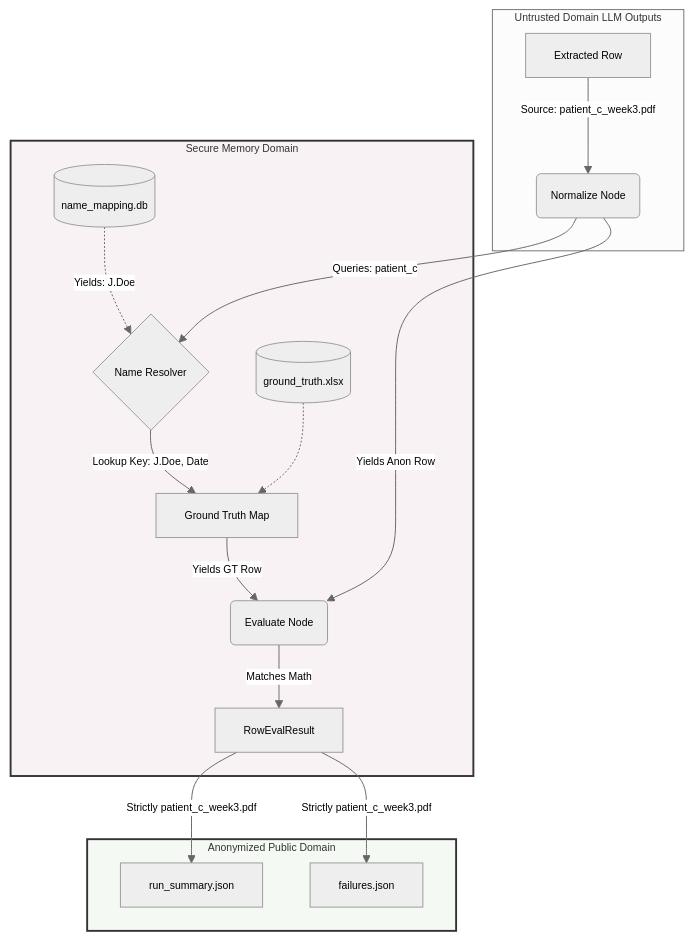
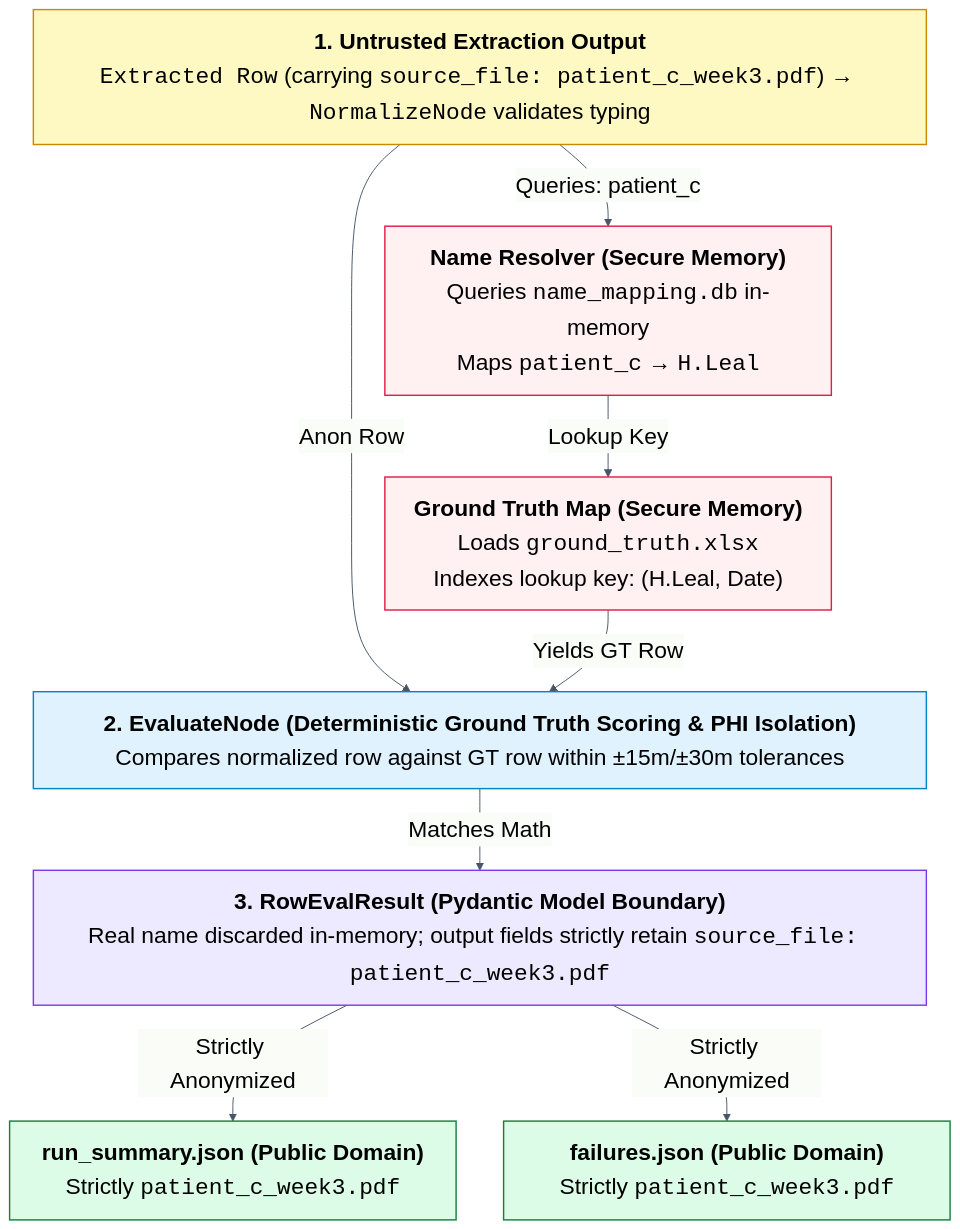
One commit to the-write-path-code/ch14-homecare-visit-triage-agent changed the second of 2 diagrams in ARCHITECTURE.md. Above: the diagram before and after it, drawn with Mermaid. The commit also changed other lines of this file, not shown here.

Commit message:
Update Figures 14.4 and 14.5 to IEEE production mermaid standards

````diff
--- a/ARCHITECTURE.md
+++ b/ARCHITECTURE.md
@@ -77,27 +87,36 @@
 ```mermaid
-%%{init: {"theme": "neutral", "themeVariables": {"fontFamily": "Arial, Helvetica, sans-serif", "fontSize": "11px", "actorFontSize": "11px", "noteFontSize": "10px", "messageFontSize": "10px"}}}%%
+%%{init: {"theme": "base", "themeVariables": {"fontFamily": "Arial, Helvetica, sans-serif", "fontSize": "24px", "primaryColor": "#F8FAFC", "primaryBorderColor": "#0284C7", "primaryTextColor": "#000000", "lineColor": "#475569"}}}%%
 flowchart TD
-    subgraph Input ["Untrusted Domain LLM Outputs"]
-        A[Extracted Row] -->|Source: patient_c_week3.pdf| B(Normalize Node)
-    end
-    
-    subgraph SecureEngine ["Secure Memory Domain"]
-        C[(name_mapping.db)] -.->|Yields: J.Doe| D{Name Resolver}
-        B -->|Queries: patient_c| D
-        
-        D -->|Lookup Key: J.Doe, Date| E[Ground Truth Map]
-        F[(ground_truth.xlsx)] -.-> E
-        
-        E -->|Yields GT Row| G(Evaluate Node)
-        B -->|Yields Anon Row| G
-        G -->|Matches Math| H[RowEvalResult]
-    end
-    
-    subgraph Output ["Anonymized Public Domain"]
-        H -->|Strictly patient_c_week3.pdf| I[run_summary.json]
-        H -->|Strictly patient_c_week3.pdf| J[failures.json]
-    end
-    
-    style SecureEngine fill:#f9f2f4,stroke:#333,stroke-width:2px
-    style Output fill:#f4f9f4,stroke:#333,stroke-width:2px
+    Ingress["<div style='min-width: 880px;'><b>1. Untrusted Extraction Output</b><br/><code>Extracted Row</code> (carrying <code>source_file: patient_c_week3.pdf</code>) &rarr; <code>NormalizeNode</code> validates typing</div>"]
+
+    Resolver["<div style='min-width: 410px;'><b>Name Resolver (Secure Memory)</b><br/>Queries <code>name_mapping.db</code> in-memory<br/>Maps <code>patient_c</code> &rarr; <code>H.Leal</code></div>"]
+    GTMap["<div style='min-width: 410px;'><b>Ground Truth Map (Secure Memory)</b><br/>Loads <code>ground_truth.xlsx</code><br/>Indexes lookup key: (H.Leal, Date)</div>"]
+
+    Ingress -->|"Queries: patient_c"| Resolver
+    Resolver -->|"Lookup Key"| GTMap
+
+    Eval["<div style='min-width: 880px;'><b>2. EvaluateNode (Deterministic Ground Truth Scoring &amp; PHI Isolation)</b><br/>Compares normalized row against GT row within &plusmn;15m/&plusmn;30m tolerances</div>"]
+    Ingress -->|"Anon Row"| Eval
+    GTMap -->|"Yields GT Row"| Eval
+
+    Result["<div style='min-width: 880px;'><b>3. RowEvalResult (Pydantic Model Boundary)</b><br/>Real name discarded in-memory; output fields strictly retain <code>source_file: patient_c_week3.pdf</code></div>"]
+    Eval -->|"Matches Math"| Result
+
+    Summary["<div style='min-width: 410px;'><b>run_summary.json (Public Domain)</b><br/>Strictly <code>patient_c_week3.pdf</code></div>"]
+    Failures["<div style='min-width: 410px;'><b>failures.json (Public Domain)</b><br/>Strictly <code>patient_c_week3.pdf</code></div>"]
+
+    Result -->|"Strictly Anonymized"| Summary
+    Result -->|"Strictly Anonymized"| Failures
+
+    classDef untrusted fill:#FEF9C3,stroke:#CA8A04,color:#000000,stroke-width:1.5px
+    classDef secure fill:#FFF1F2,stroke:#E11D48,color:#000000,stroke-width:1.5px
+    classDef eval fill:#E0F2FE,stroke:#0284C7,color:#000000,stroke-width:1.5px
+    classDef result fill:#EDE9FE,stroke:#7C3AED,color:#000000,stroke-width:1.5px
+    classDef public fill:#DCFCE7,stroke:#15803D,color:#000000,stroke-width:1.5px
+
+    class Ingress untrusted
+    class Resolver,GTMap secure
+    class Eval eval
+    class Result result
+    class Summary,Failures public
 ```
````
